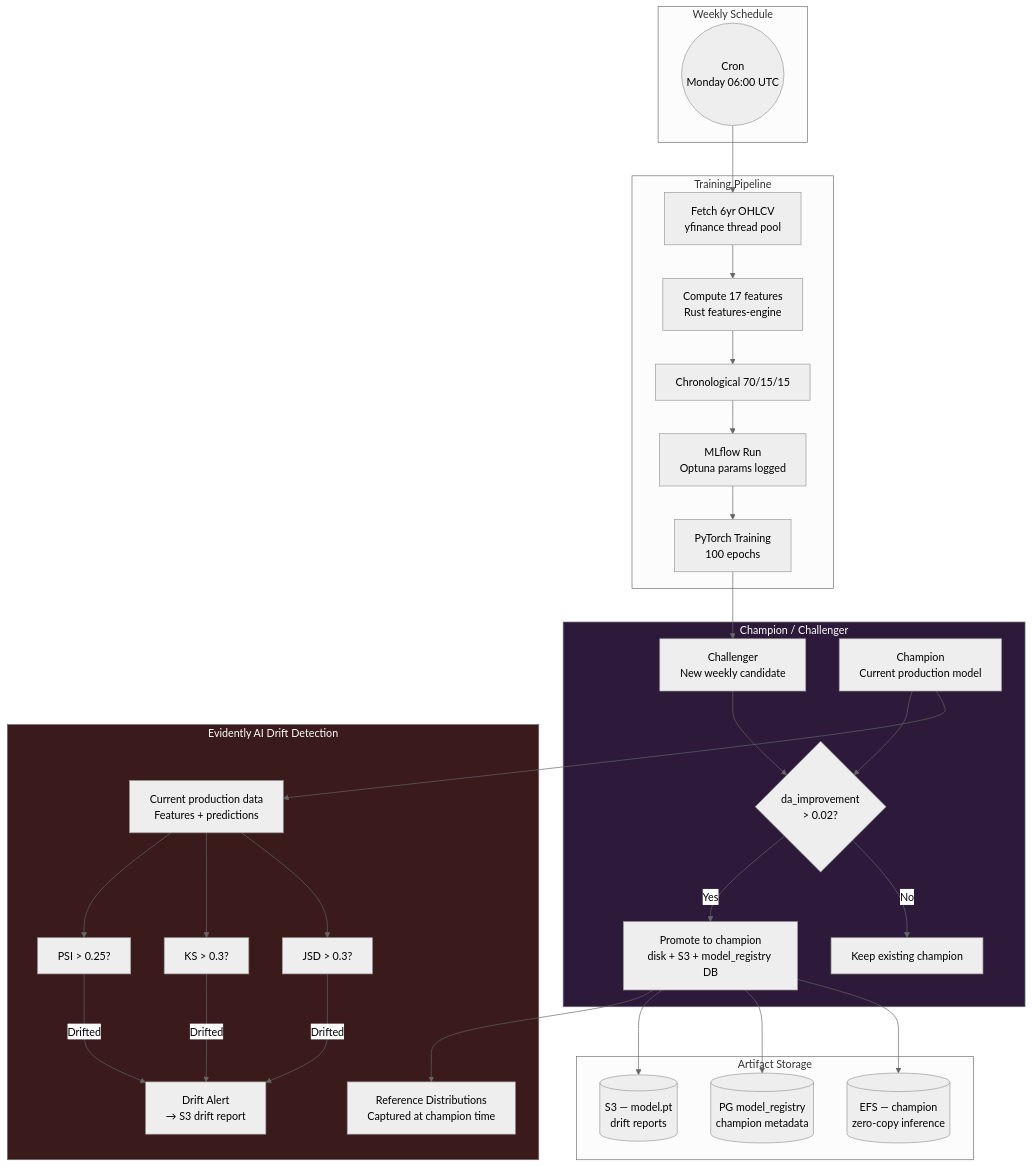
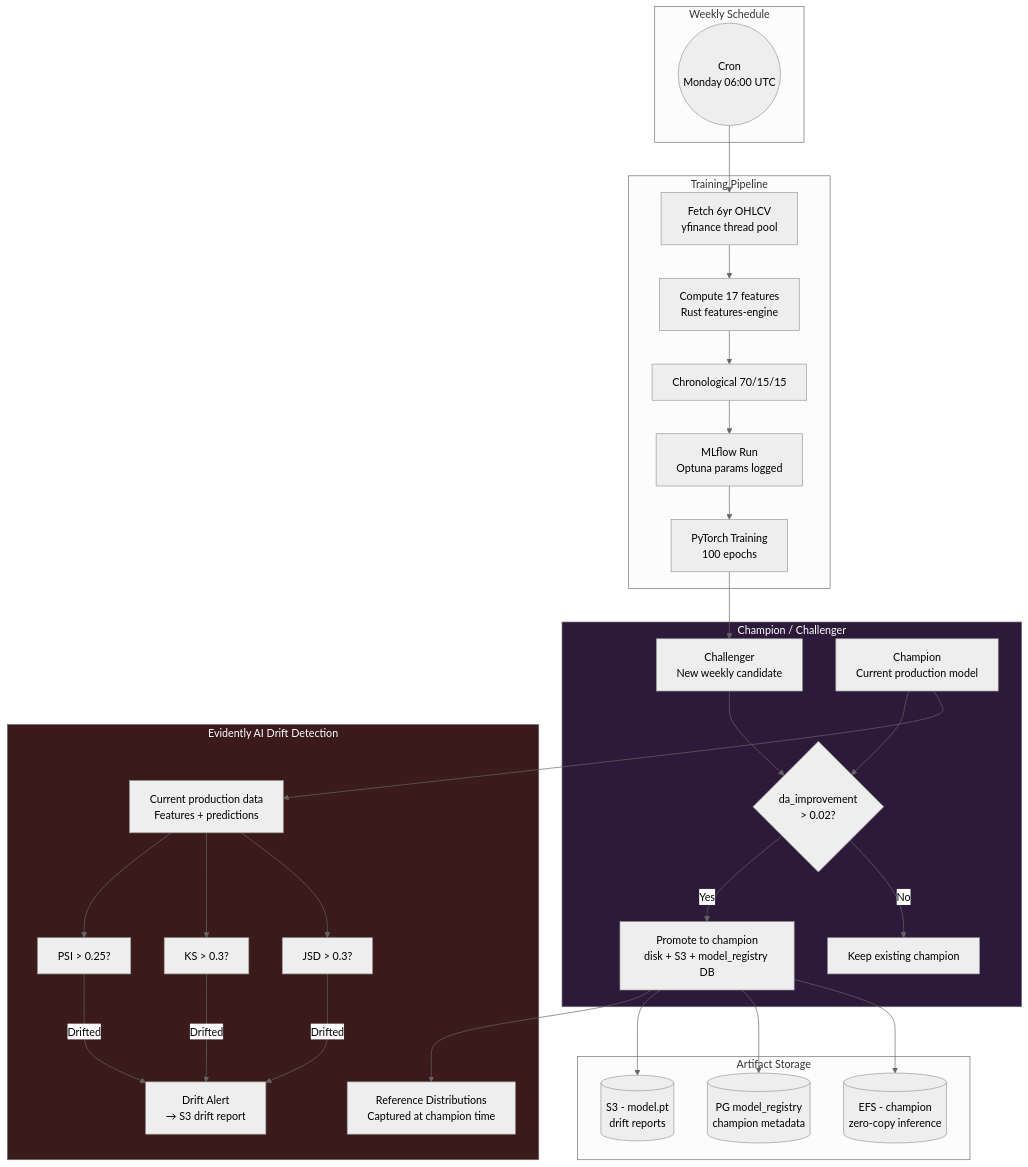
One commit to AhmedIkram05/stocklens changed the sixth of 9 diagrams in docs/deep-dives.md. Above: the diagram before and after it, drawn with Mermaid (neutral theme). The commit also changed other lines of this file and 1 other file, not shown here.

````diff
--- a/docs/deep-dives.md
+++ b/docs/deep-dives.md
@@ -492,67 +492,67 @@
 ```mermaid
 flowchart TB
     subgraph Weekly["Weekly Schedule"]
         START((Cron<br/>Monday 06:00 UTC))
     end
 
     subgraph Training["Training Pipeline"]
         FETCH[Fetch 6yr OHLCV<br/>yfinance thread pool]
         COMP[Compute 17 features<br/>Rust features-engine]
         SPLIT[Chronological 70/15/15]
         MLFLOW[MLflow Run<br/>Optuna params logged]
         TRAINPT[PyTorch Training<br/>100 epochs]
     end
 
     subgraph Eval["Champion / Challenger"]
         CHAL[Challenger<br/>New weekly candidate]
         CHAMP[Champion<br/>Current production model]
         COMPARE{da_improvement<br/>> 0.02?}
         PROMOTE[Promote to champion<br/>disk + S3 + model_registry DB]
         SKIP[Keep existing champion]
     end
 
     subgraph Drift["Evidently AI Drift Detection"]
         REF[Reference Distributions<br/>Captured at champion time]
         CURRENT[Current production data<br/>Features + predictions]
         PSI[PSI > 0.25?]
         KS[KS > 0.3?]
         JS[JSD > 0.3?]
         ALERT[Drift Alert<br/>→ S3 drift report]
     end
 
     subgraph Storage["Artifact Storage"]
-        S3[(S3 — model.pt<br/>drift reports)]
+        S3[(S3 - model.pt<br/>drift reports)]
         DB[(PG model_registry<br/>champion metadata)]
-        DISK[(EFS — champion<br/>zero-copy inference)]
+        DISK[(EFS - champion<br/>zero-copy inference)]
     end
 
     START --> FETCH
     FETCH --> COMP
     COMP --> SPLIT
     SPLIT --> MLFLOW
     MLFLOW --> TRAINPT
 
     TRAINPT --> CHAL
     COMPARE -->|Yes| PROMOTE
     COMPARE -->|No| SKIP
 
     CHAL --> COMPARE
     CHAMP --> COMPARE
 
     PROMOTE --> REF
     CHAMP --> CURRENT
 
     CURRENT --> PSI
     CURRENT --> KS
     CURRENT --> JS
     PSI -->|Drifted| ALERT
     KS -->|Drifted| ALERT
     JS -->|Drifted| ALERT
 
     PROMOTE --> S3
     PROMOTE --> DB
     PROMOTE --> DISK
 
     style Eval fill:#2d1a3a,color:#fff
     style Drift fill:#3a1a1a,color:#fff
 ```
````
